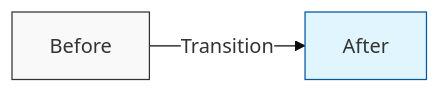
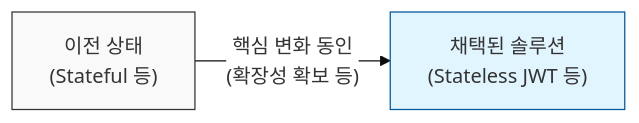
Before and after one commit to jeonck/info-security: the diagram in kpe-content-creator/references/rules.md, drawn with Mermaid. The commit also changed other lines of this file and 28 other files, not shown here.

````diff
--- a/kpe-content-creator/references/rules.md
+++ b/kpe-content-creator/references/rules.md
@@ -18,7 +21,7 @@
 ```mermaid
 %%{init: { 'theme': 'base', 'themeVariables': { 'edgeLabelBackground': '#fff' }}}%%
 flowchart LR
-    A["Before"] -- "Transition" --> B["After"]
+    A["이전 상태\n(Stateful 등)"] -- "핵심 변화 동인\n(확장성 확보 등)" --> B["채택된 솔루션\n(Stateless JWT 등)"]
     style A fill:#f9f9f9,stroke:#333,stroke-width:1px
     style B fill:#e1f5fe,stroke:#01579b,stroke-width:1px
 ```
````
